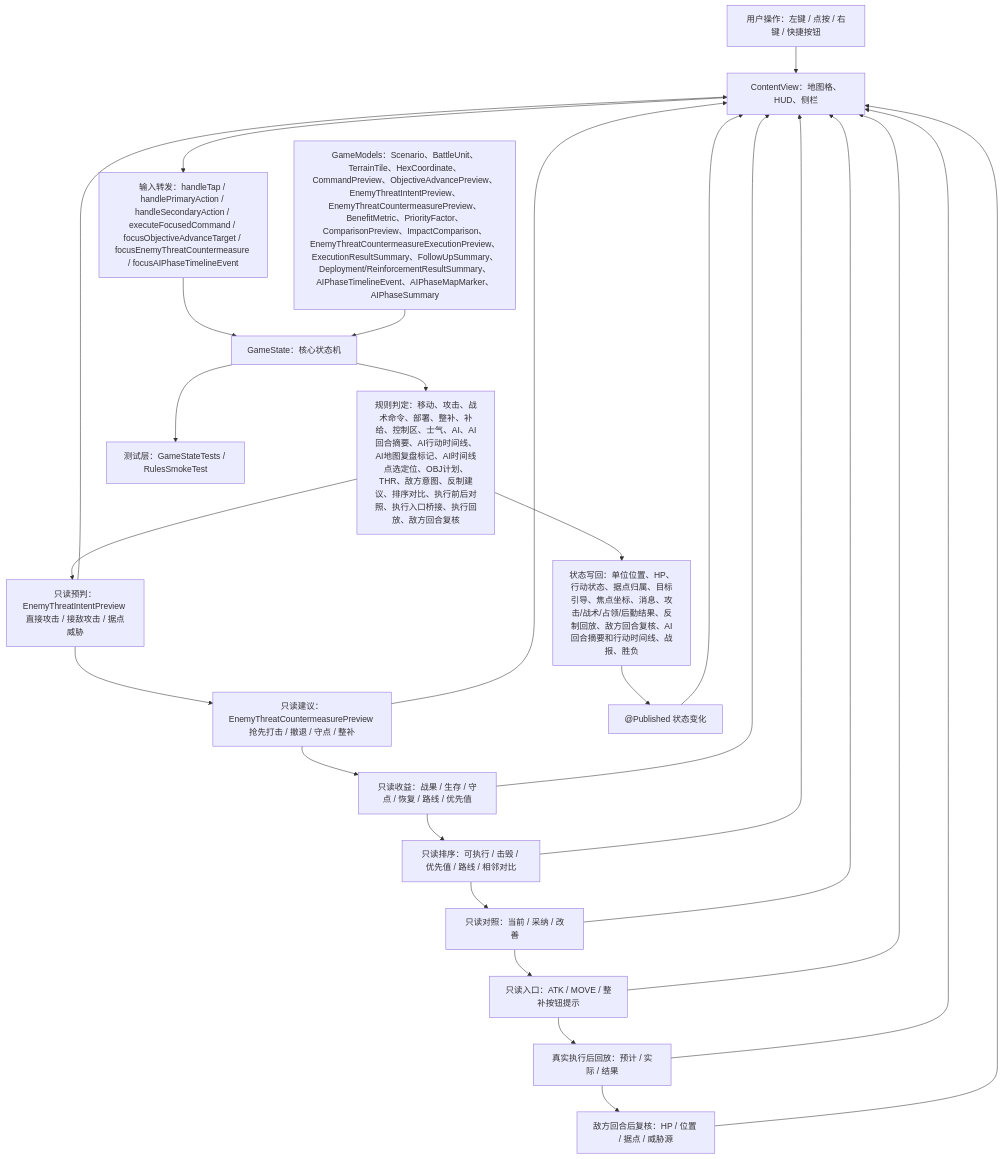
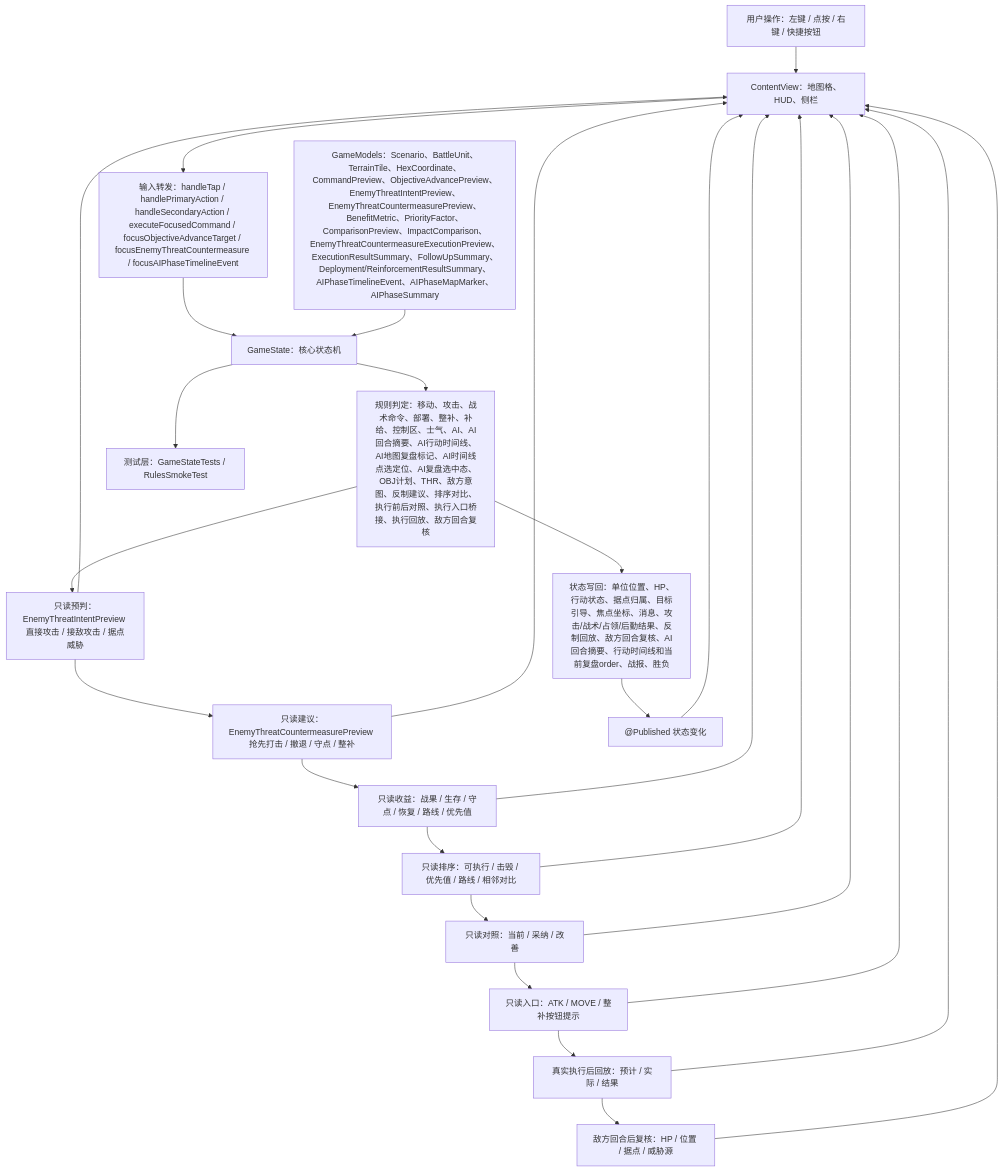
The first of 5 diagrams in md/flow/flowchart.md (Altman-sam114/116), drawn with Mermaid before and after one commit. The commit also changed other lines of this file and 10 other files, not shown here.

````diff
--- a/md/flow/flowchart.md
+++ b/md/flow/flowchart.md
@@ -9,28 +9,28 @@
 ```mermaid
 flowchart TD
   U["用户操作：左键 / 点按 / 右键 / 快捷按钮"] --> V["ContentView：地图格、HUD、侧栏"]
   V --> I["输入转发：handleTap / handlePrimaryAction / handleSecondaryAction / executeFocusedCommand / focusObjectiveAdvanceTarget / focusEnemyThreatCountermeasure / focusAIPhaseTimelineEvent"]
   I --> S["GameState：核心状态机"]
   M["GameModels：Scenario、BattleUnit、TerrainTile、HexCoordinate、CommandPreview、ObjectiveAdvancePreview、EnemyThreatIntentPreview、EnemyThreatCountermeasurePreview、BenefitMetric、PriorityFactor、ComparisonPreview、ImpactComparison、EnemyThreatCountermeasureExecutionPreview、ExecutionResultSummary、FollowUpSummary、Deployment/ReinforcementResultSummary、AIPhaseTimelineEvent、AIPhaseMapMarker、AIPhaseSummary"] --> S
-  S --> R["规则判定：移动、攻击、战术命令、部署、整补、补给、控制区、士气、AI、AI回合摘要、AI行动时间线、AI地图复盘标记、AI时间线点选定位、OBJ计划、THR、敌方意图、反制建议、排序对比、执行前后对照、执行入口桥接、执行回放、敌方回合复核"]
-  R --> W["状态写回：单位位置、HP、行动状态、据点归属、目标引导、焦点坐标、消息、攻击/战术/占领/后勤结果、反制回放、敌方回合复核、AI回合摘要和行动时间线、战报、胜负"]
+  S --> R["规则判定：移动、攻击、战术命令、部署、整补、补给、控制区、士气、AI、AI回合摘要、AI行动时间线、AI地图复盘标记、AI时间线点选定位、AI复盘选中态、OBJ计划、THR、敌方意图、反制建议、排序对比、执行前后对照、执行入口桥接、执行回放、敌方回合复核"]
+  R --> W["状态写回：单位位置、HP、行动状态、据点归属、目标引导、焦点坐标、消息、攻击/战术/占领/后勤结果、反制回放、敌方回合复核、AI回合摘要、行动时间线和当前复盘order、战报、胜负"]
   R --> EI["只读预判：EnemyThreatIntentPreview 直接攻击 / 接敌攻击 / 据点威胁"]
   EI --> EC["只读建议：EnemyThreatCountermeasurePreview 抢先打击 / 撤退 / 守点 / 整补"]
   EC --> BM["只读收益：战果 / 生存 / 守点 / 恢复 / 路线 / 优先值"]
   BM --> PC["只读排序：可执行 / 击毁 / 优先值 / 路线 / 相邻对比"]
   PC --> IP["只读对照：当前 / 采纳 / 改善"]
   IP --> EB["只读入口：ATK / MOVE / 整补按钮提示"]
   EB --> XR["真实执行后回放：预计 / 实际 / 结果"]
   XR --> FV["敌方回合后复核：HP / 位置 / 据点 / 威胁源"]
   W --> P["@Published 状态变化"]
   P --> V
   EI --> V
   EC --> V
   BM --> V
   PC --> V
   IP --> V
   EB --> V
   XR --> V
   FV --> V
   S --> T["测试层：GameStateTests / RulesSmokeTest"]
 ```
````
